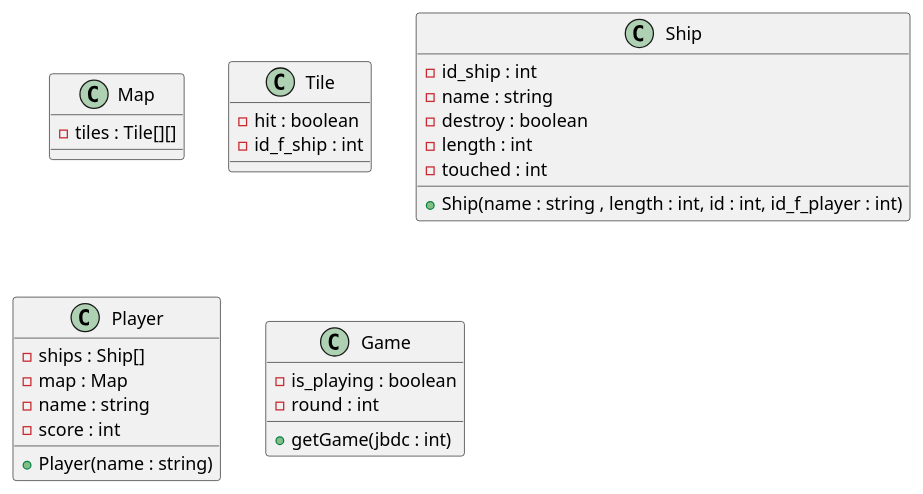
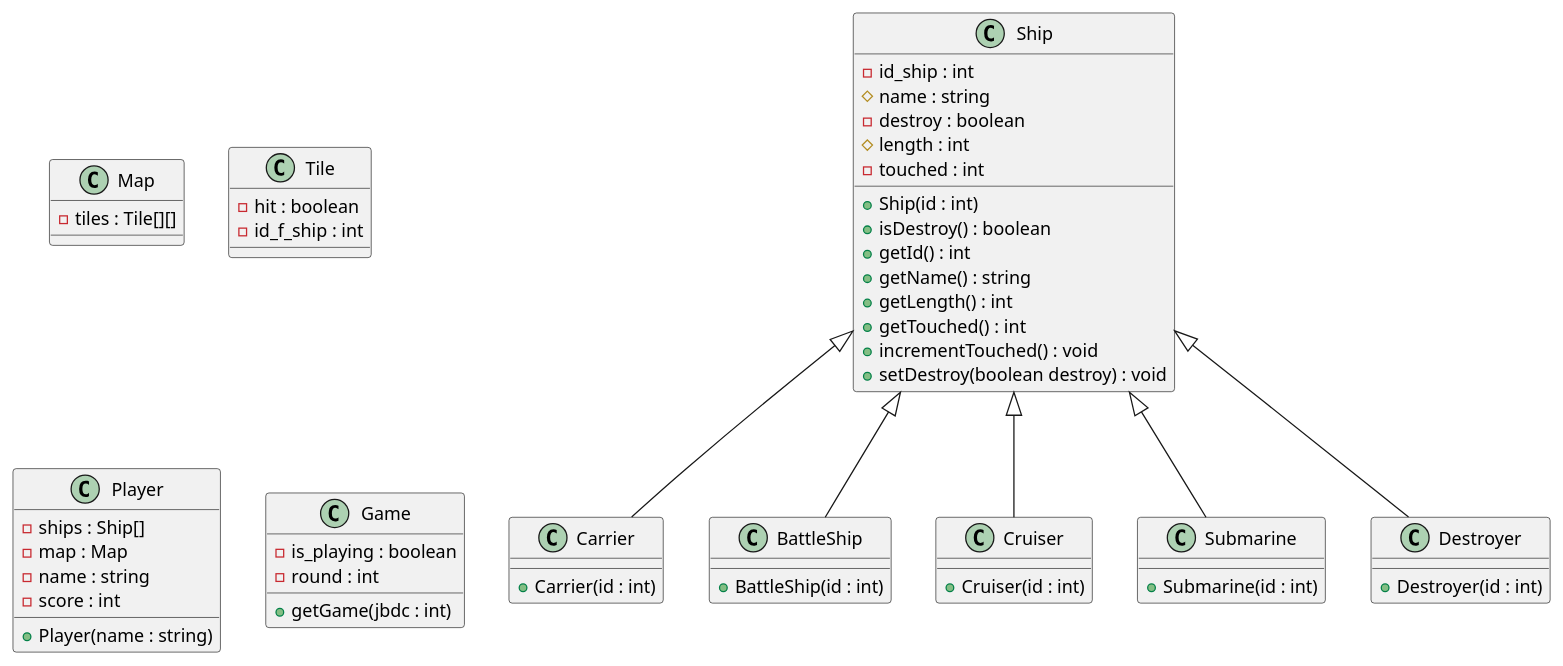
Before and after one commit to naikibro/BatailleNavale: the diagram in Docs/MLD.plantuml, drawn with PlantUML.

Commit message:
Modif du MLD

```diff
--- a/Docs/MLD.plantuml
+++ b/Docs/MLD.plantuml
@@ -1,36 +1,65 @@
 @startuml MLD
 
 class Map{
     - tiles : Tile[][]
 }
 
 class Tile{
     - hit : boolean
     - id_f_ship : int
 }
 
 class Ship{
     - id_ship : int
-    - name : string
+    # name : string
     - destroy : boolean
-    - length : int
+    # length : int
     - touched : int
     /' ---- Functions ------ '/
-    + Ship(name : string , length : int, id : int, id_f_player : int)
+    + Ship(id : int)
+    + isDestroy() : boolean
+    + getId() : int
+    + getName() : string
+    + getLength() : int
+    + getTouched() : int
+    + incrementTouched() : void
+    + setDestroy(boolean destroy) : void
 }
+
+class Carrier extends Ship{
+    + Carrier(id : int)
+}
+
+class BattleShip extends Ship{
+    + BattleShip(id : int)
+}
+
+class Cruiser extends Ship{
+    + Cruiser(id : int)
+}
+
+class Submarine extends Ship{
+    + Submarine(id : int)
+}
+
+class Destroyer extends Ship{
+    + Destroyer(id : int)
+}
+
+
 
 class Player{
     - ships : Ship[]
     - map : Map
     - name : string
     - score : int
     + Player(name : string)
 }
 
 class Game{
     - is_playing : boolean
     - round : int
     + getGame(jbdc : int)
 }
 
 @enduml
```
